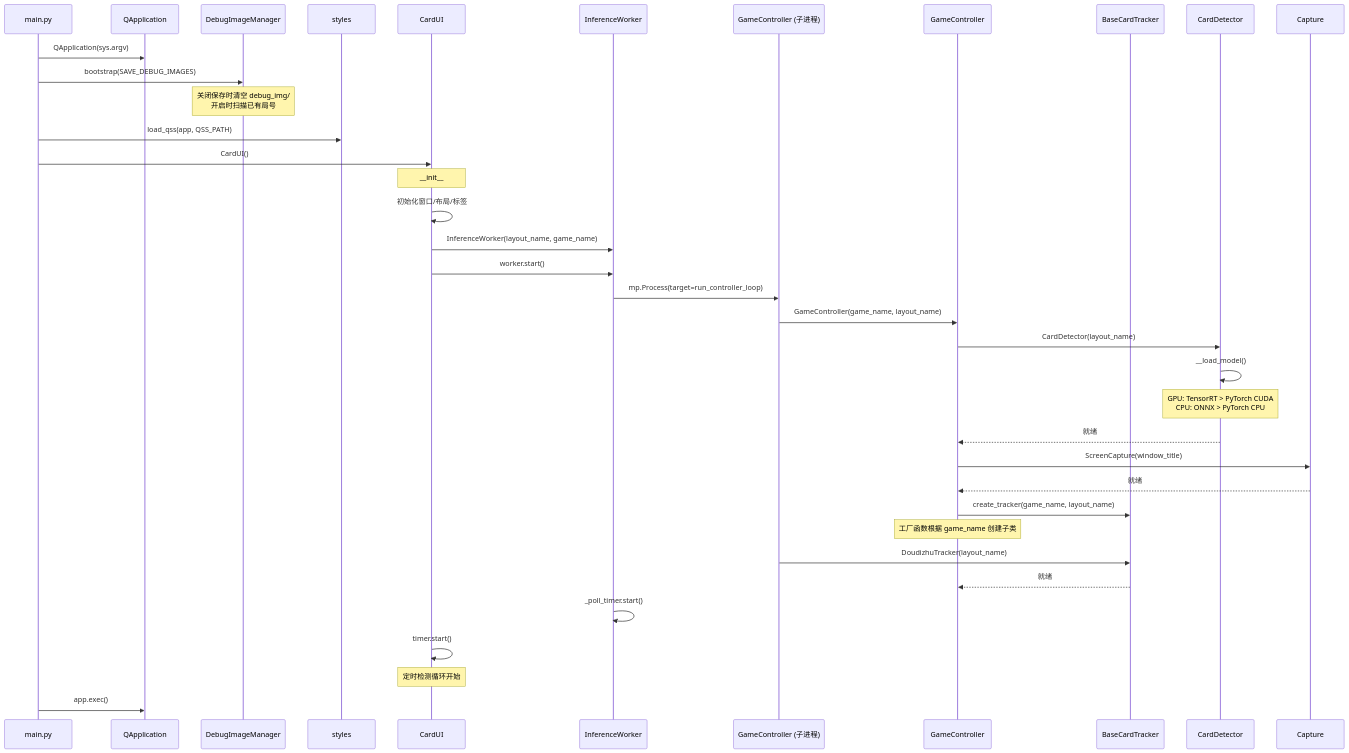
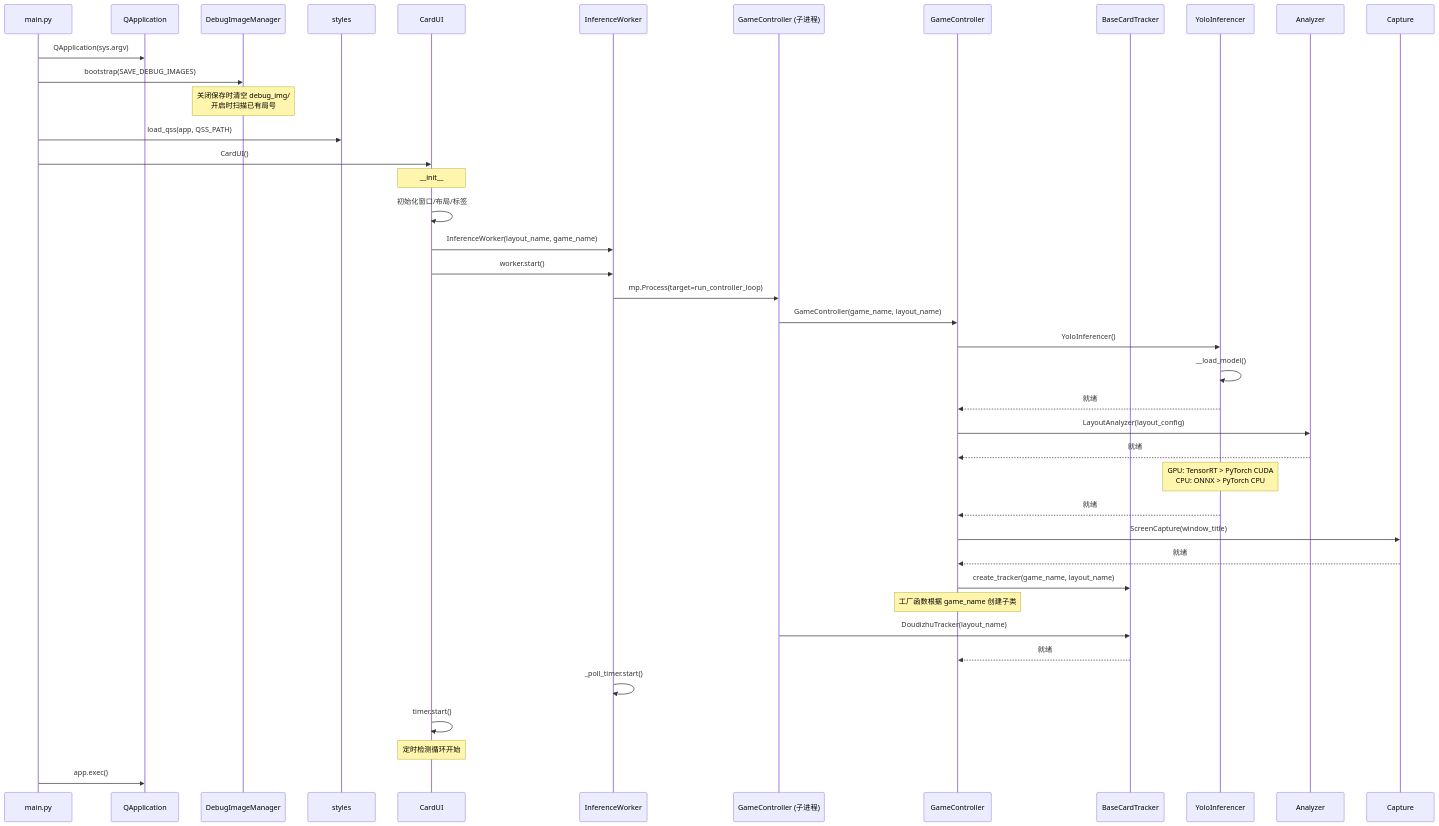
Before and after one commit to luckFan0519/han-card-tracker: the second of 5 diagrams in docs/sequence-diagram.md, drawn with Mermaid. The commit also changed other lines of this file and 11 other files, not shown here.

````diff
--- a/docs/sequence-diagram.md
+++ b/docs/sequence-diagram.md
@@ -69,42 +71,45 @@
 ```mermaid
 sequenceDiagram
     participant Main as main.py
     participant App as QApplication
     participant DebugMgr as DebugImageManager
     participant Styles as styles
     participant UI as CardUI
     participant Worker as InferenceWorker
     participant SubProc as GameController (子进程)
     participant Controller as GameController
     participant Tracker as BaseCardTracker
-    participant Detector as CardDetector
+    participant Detector as YoloInferencer
 
     Main->>App: QApplication(sys.argv)
     Main->>DebugMgr: bootstrap(SAVE_DEBUG_IMAGES)
     Note over DebugMgr: 关闭保存时清空 debug_img/<br/>开启时扫描已有局号
     Main->>Styles: load_qss(app, QSS_PATH)
     Main->>UI: CardUI()
 
     Note over UI: __init__
     UI->>UI: 初始化窗口/布局/标签
     UI->>Worker: InferenceWorker(layout_name, game_name)
     UI->>Worker: worker.start()
 
     Worker->>SubProc: mp.Process(target=run_controller_loop)
     SubProc->>Controller: GameController(game_name, layout_name)
-    Controller->>Detector: CardDetector(layout_name)
+    Controller->>Detector: YoloInferencer()
     Detector->>Detector: __load_model()
+    Detector-->>Controller: 就绪
+    Controller->>Analyzer: LayoutAnalyzer(layout_config)
+    Analyzer-->>Controller: 就绪
     Note over Detector: GPU: TensorRT > PyTorch CUDA<br/>CPU: ONNX > PyTorch CPU
     Detector-->>Controller: 就绪
     Controller->>Capture: ScreenCapture(window_title)
     Capture-->>Controller: 就绪
     Controller->>Tracker: create_tracker(game_name, layout_name)
     Note over Controller: 工厂函数根据 game_name 创建子类
     SubProc->>Tracker: DoudizhuTracker(layout_name)
     Tracker-->>Controller: 就绪
 
     Worker->>Worker: _poll_timer.start()
     UI->>UI: timer.start()
     Note over UI: 定时检测循环开始
     Main->>App: app.exec()
 ```
````
